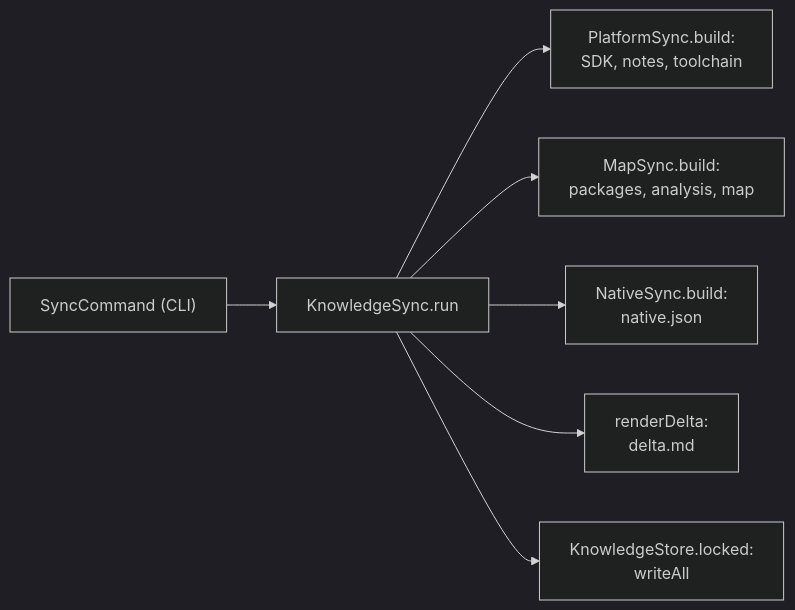
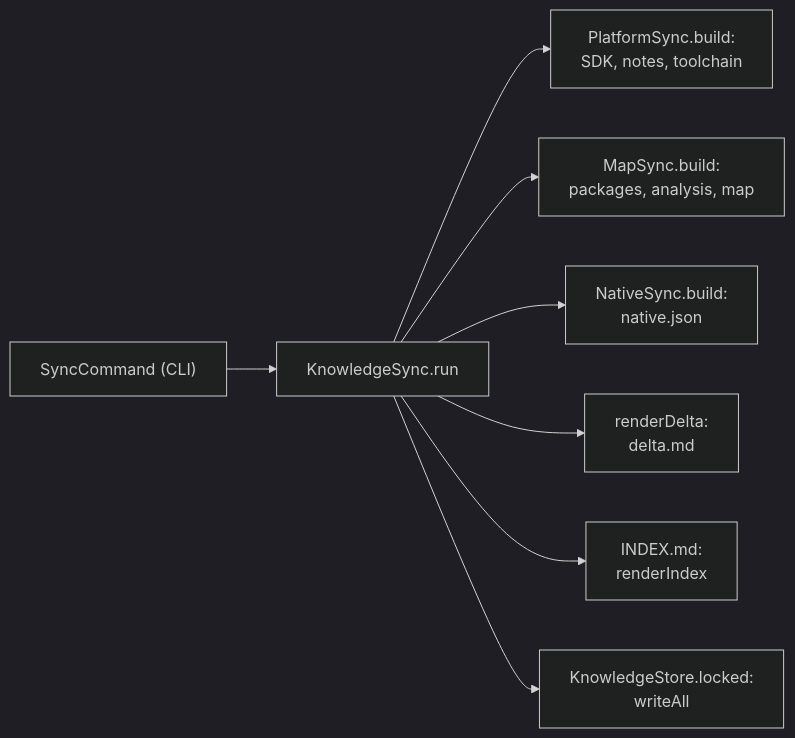
The diagram in docs/guide/knowledge-store.md (UTTAM-VAGHASIA/appstein), drawn with Mermaid (dark theme) before and after one commit. The commit also changed other lines of this file and 4 other files, not shown here.

````diff
--- a/docs/guide/knowledge-store.md
+++ b/docs/guide/knowledge-store.md
@@ -31,9 +32,10 @@
 ```mermaid
 flowchart LR
   cli["SyncCommand (CLI)"] --> run["KnowledgeSync.run"]
   run --> platform["PlatformSync.build:<br/>SDK, notes, toolchain"]
   run --> map["MapSync.build:<br/>packages, analysis, map"]
   run --> native["NativeSync.build:<br/>native.json"]
   run --> delta["renderDelta:<br/>delta.md"]
+  run --> index["INDEX.md:<br/>renderIndex"]
   run --> store["KnowledgeStore.locked:<br/>writeAll"]
 ```
````
